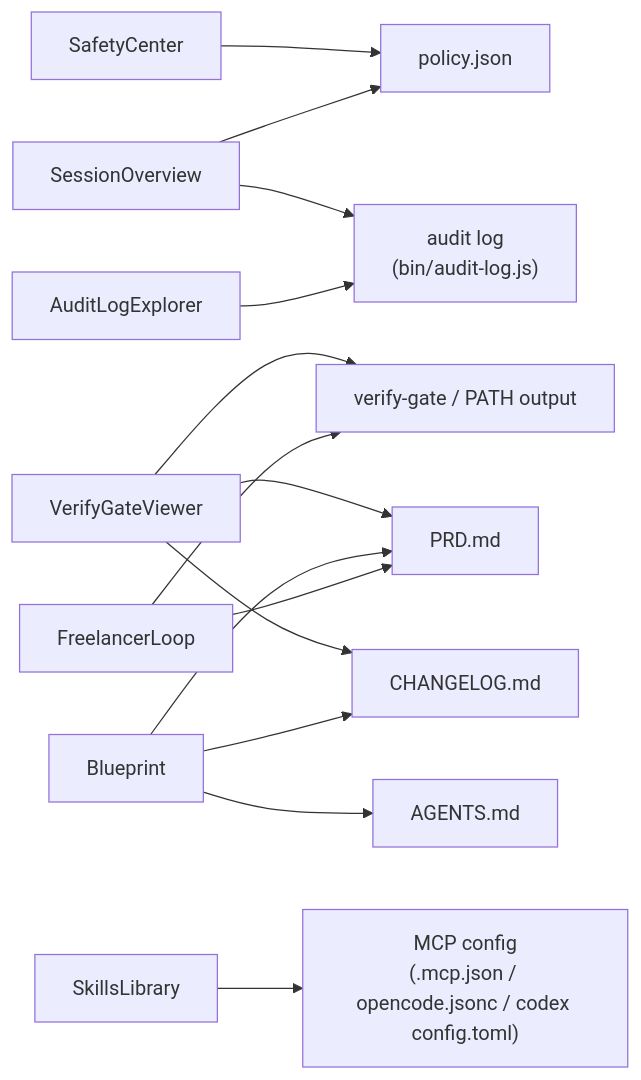
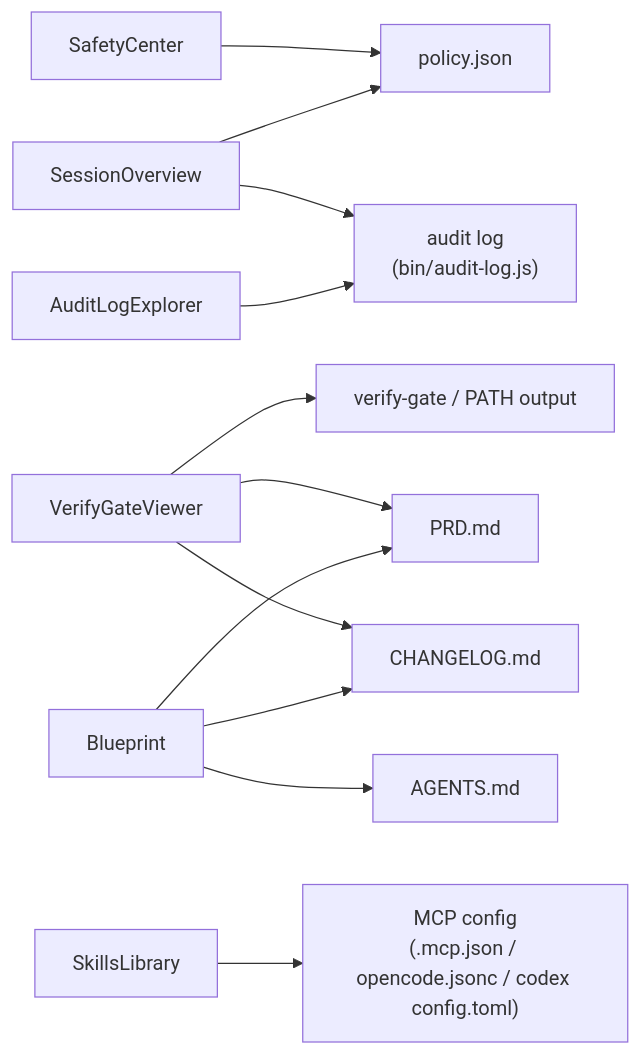
The fifth of 5 diagrams in audit/companion-ux/ARCHITECTURE.md (rahlplx/solo-founder-wingman), drawn with Mermaid before and after one commit. The commit also changed other lines of this file and 25 other files, not shown here.

````diff
--- a/audit/companion-ux/ARCHITECTURE.md
+++ b/audit/companion-ux/ARCHITECTURE.md
@@ -136,24 +126,22 @@
 ```mermaid
 flowchart LR
     PolicyJSON["policy.json"]
     AuditLog["audit log\n(bin/audit-log.js)"]
     PRD["PRD.md"]
     Agents["AGENTS.md"]
     Changelog["CHANGELOG.md"]
     Verify["verify-gate / PATH output"]
     MCP["MCP config\n(.mcp.json / opencode.jsonc / codex config.toml)"]
 
     SafetyCenter --> PolicyJSON
     SessionOverview --> PolicyJSON
     SessionOverview --> AuditLog
     AuditLogExplorer --> AuditLog
     VerifyGateViewer --> Verify
     VerifyGateViewer --> PRD
     VerifyGateViewer --> Changelog
     Blueprint --> PRD
     Blueprint --> Agents
     Blueprint --> Changelog
     SkillsLibrary --> MCP
-    FreelancerLoop --> PRD
-    FreelancerLoop --> Verify
 ```
````
